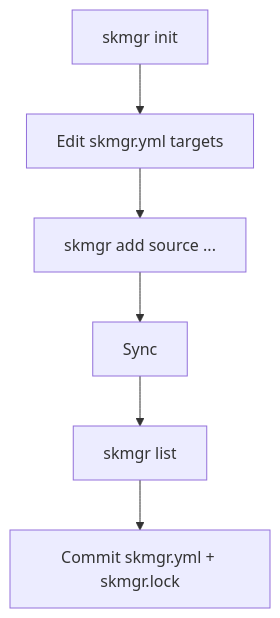
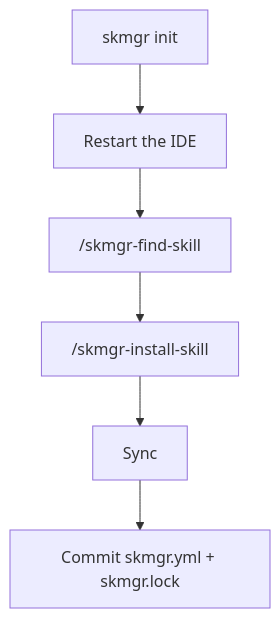
The first of 17 diagrams in docs/flow.md (AAG1999/skmgr), drawn with Mermaid before and after one commit. The commit also changed other lines of this file and 44 other files, not shown here.

````diff
--- a/docs/flow.md
+++ b/docs/flow.md
@@ -31,8 +32,8 @@
 ```mermaid
 flowchart TD
-  A[skmgr init] --> B[Edit skmgr.yml targets]
-  B --> C[skmgr add source ...]
-  C --> D[Sync]
-  D --> E[skmgr list]
+  A[skmgr init] --> B[Restart the IDE]
+  B --> C["/skmgr-find-skill"]
+  C --> D["/skmgr-install-skill"]
+  D --> E[Sync]
   E --> F[Commit skmgr.yml + skmgr.lock]
 ```
````
